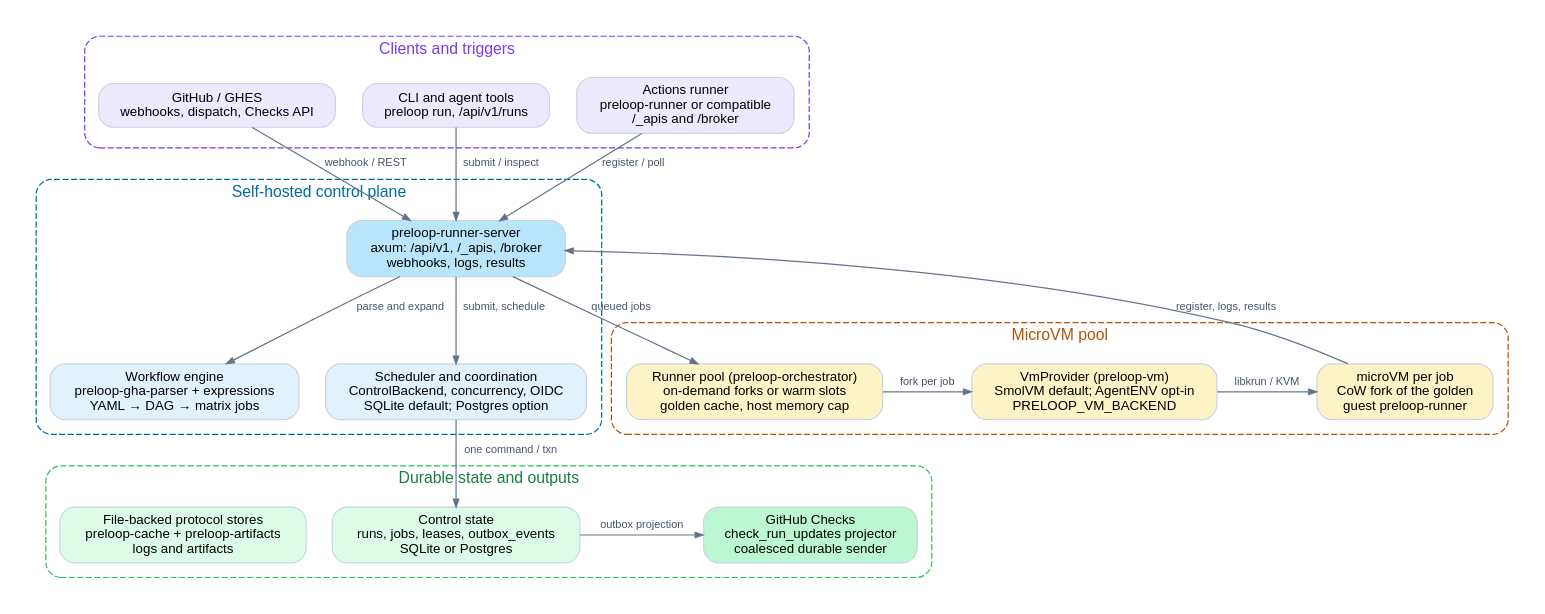
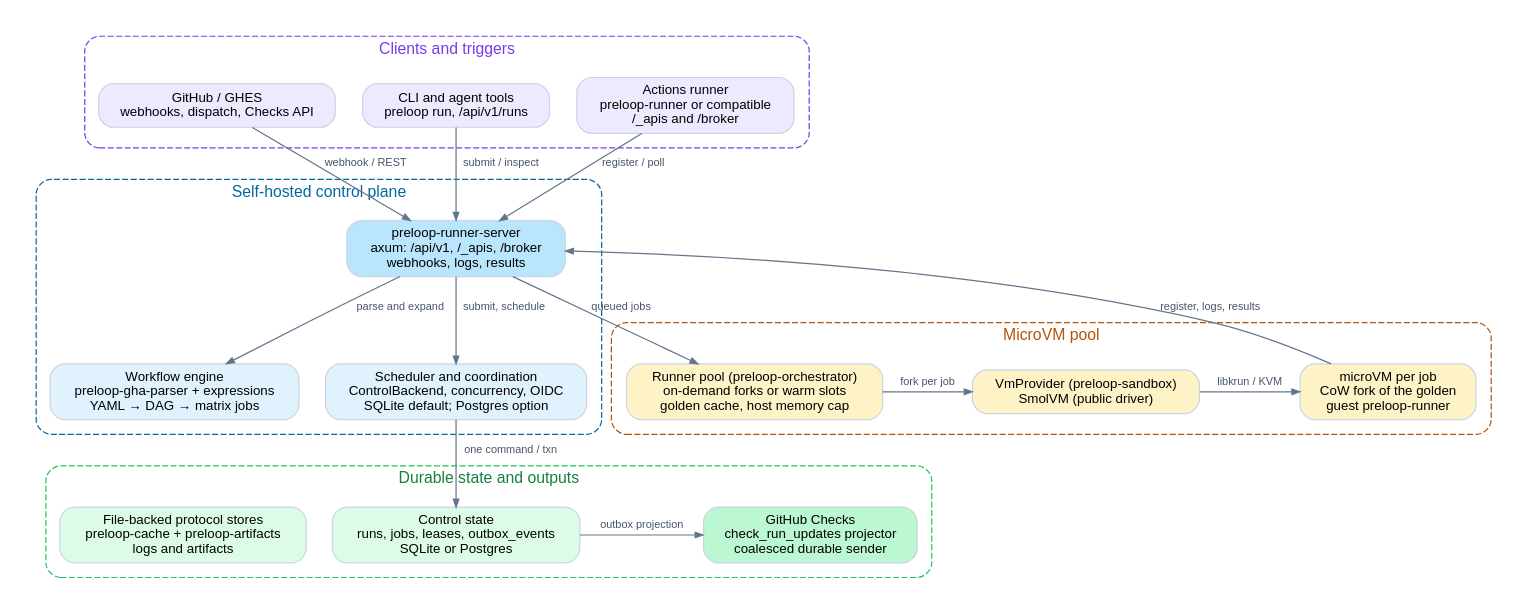
The diagram in docs/diagrams/system-overview.dot (preloopdev/preloop), drawn with Graphviz before and after one commit. The commit also changed 12 other files, not shown here.

```diff
--- a/docs/diagrams/system-overview.dot
+++ b/docs/diagrams/system-overview.dot
@@ -1,49 +1,49 @@
 digraph system_overview {
   graph [rankdir=TB, bgcolor="white", splines=spline, nodesep=0.3, ranksep=0.55, fontname="Helvetica", newrank=true, pad=0.2];
   node  [shape=box, style="rounded,filled", fontname="Helvetica", fontsize=11, fillcolor="#f8fafc", color="#cbd5e1", margin="0.12,0.07"];
   edge  [color="#64748b", arrowsize=0.65, fontname="Helvetica", fontsize=9, fontcolor="#475569"];
 
   subgraph cluster_clients {
     label="Clients and triggers"; fontsize=13; fontcolor="#7c3aed"; style="rounded,dashed"; color="#7c3aed"; margin=12;
     github [label="GitHub / GHES\nwebhooks, dispatch, Checks API", fillcolor="#ede9fe"];
     cli    [label="CLI and agent tools\npreloop run, /api/v1/runs", fillcolor="#ede9fe"];
     runner [label="Actions runner\npreloop-runner or compatible\n/_apis and /broker", fillcolor="#ede9fe"];
     { rank=same; github; cli; runner; }
   }
 
   subgraph cluster_cp {
     label="Self-hosted control plane"; fontsize=13; fontcolor="#0369a1"; style="rounded,dashed"; color="#0369a1"; margin=12;
     server [label="preloop-runner-server\naxum: /api/v1, /_apis, /broker\nwebhooks, logs, results", fillcolor="#bae6fd"];
     workflow [label="Workflow engine\npreloop-gha-parser + expressions\nYAML → DAG → matrix jobs", fillcolor="#e0f2fe"];
     coord [label="Scheduler and coordination\nControlBackend, concurrency, OIDC\nSQLite default; Postgres option", fillcolor="#e0f2fe"];
     { rank=same; workflow; coord; }
   }
 
   subgraph cluster_pool {
     label="MicroVM pool"; fontsize=13; fontcolor="#b45309"; style="rounded,dashed"; color="#b45309"; margin=12;
     pool [label="Runner pool (preloop-orchestrator)\non-demand forks or warm slots\ngolden cache, host memory cap", fillcolor="#fef3c7"];
-    provider [label="VmProvider (preloop-vm)\nSmolVM default; AgentENV opt-in\nPRELOOP_VM_BACKEND", fillcolor="#fef3c7"];
+    provider [label="VmProvider (preloop-sandbox)\nSmolVM (public driver)", fillcolor="#fef3c7"];
     vm [label="microVM per job\nCoW fork of the golden\nguest preloop-runner", fillcolor="#fef3c7"];
     { rank=same; pool; provider; vm; }
   }
 
   subgraph cluster_storage {
     label="Durable state and outputs"; fontsize=13; fontcolor="#15803d"; style="rounded,dashed"; color="#22c55e"; margin=12;
     db [label="Control state\nruns, jobs, leases, outbox_events\nSQLite or Postgres", fillcolor="#dcfce7"];
     blobs [label="File-backed protocol stores\npreloop-cache + preloop-artifacts\nlogs and artifacts", fillcolor="#dcfce7"];
     checks [label="GitHub Checks\ncheck_run_updates projector\ncoalesced durable sender", fillcolor="#bbf7d0"];
     { rank=same; db; blobs; checks; }
   }
 
   github -> server [label="webhook / REST"];
   cli -> server [label="submit / inspect"];
   runner -> server [label="register / poll"];
   server -> workflow [label="parse and expand"];
   server -> coord [label="submit, schedule"];
   coord -> db [label="one command / txn"];
   server -> pool [label="queued jobs"];
   pool -> provider [label="fork per job"];
   provider -> vm [label="libkrun / KVM"];
   vm -> server [label="register, logs, results", constraint=false];
   db -> checks [label="outbox projection"];
 }
```
